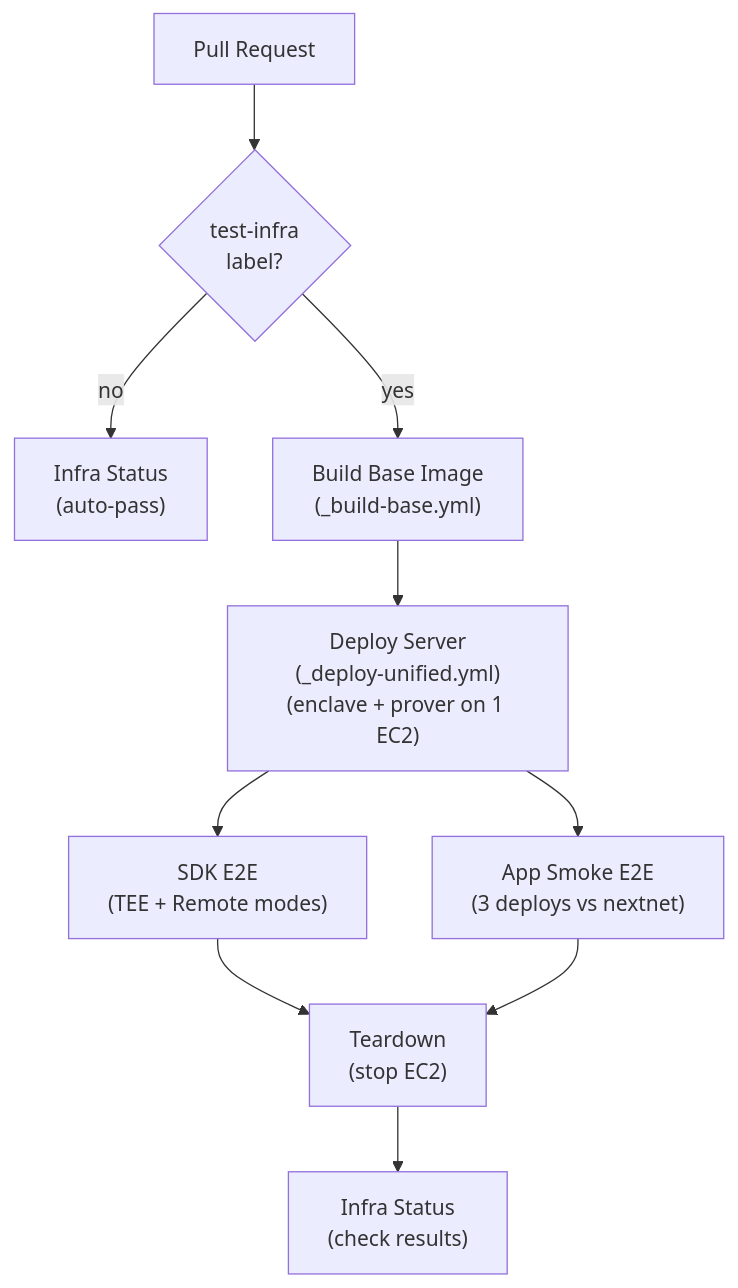
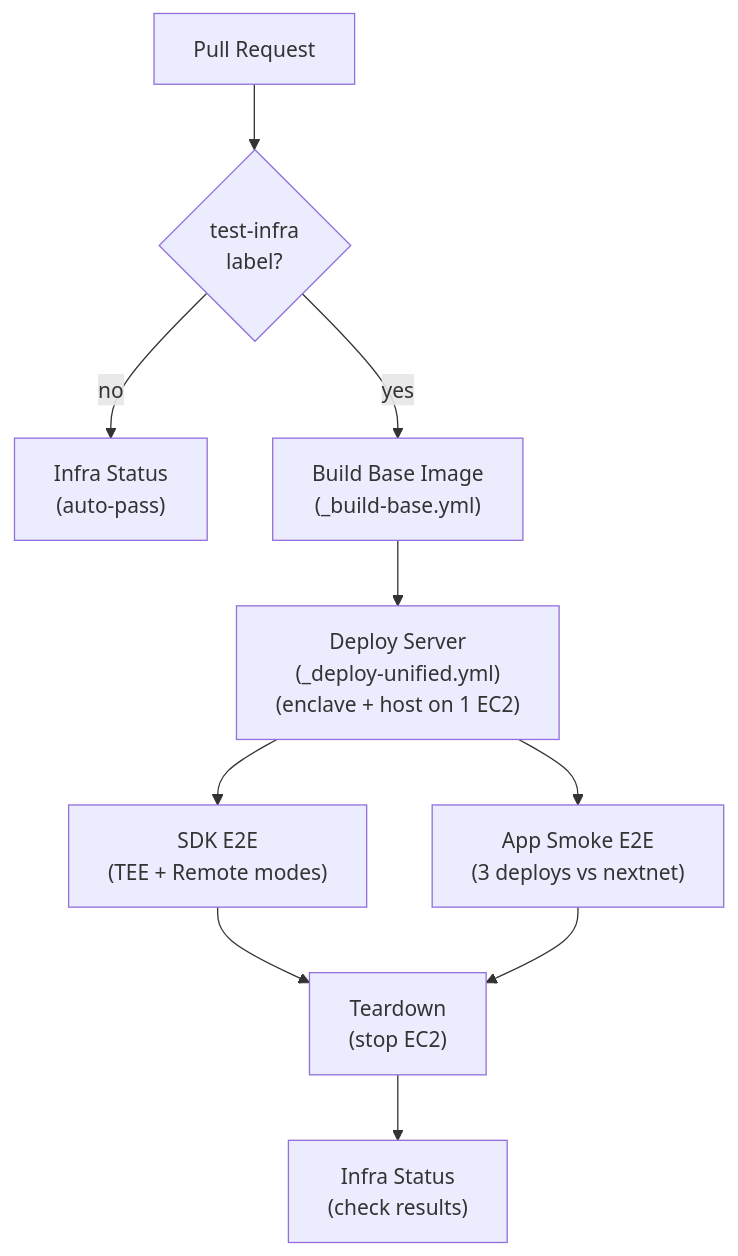
Before and after one commit to alejoamiras/tee-rex: the second of 6 diagrams in docs/ci-pipeline.md, drawn with Mermaid. The commit also changed other lines of this file and 40 other files, not shown here.

First line of the commit message:
feat: thin enclave architecture — host-managed bb versions (#193)

````diff
--- a/docs/ci-pipeline.md
+++ b/docs/ci-pipeline.md
@@ -88,11 +88,11 @@
 ```mermaid
 graph TD
     PR["Pull Request"] --> check{"test-infra\nlabel?"}
     check -->|no| gate_pass["Infra Status\n(auto-pass)"]
     check -->|yes| base["Build Base Image\n(_build-base.yml)"]
-    base --> server["Deploy Server\n(_deploy-unified.yml)\n(enclave + prover on 1 EC2)"]
+    base --> server["Deploy Server\n(_deploy-unified.yml)\n(enclave + host on 1 EC2)"]
     server --> sdk_e2e["SDK E2E\n(TEE + Remote modes)"]
     server --> app_e2e["App Smoke E2E\n(3 deploys vs nextnet)"]
     sdk_e2e & app_e2e --> teardown["Teardown\n(stop EC2)"]
     teardown --> gate_check["Infra Status\n(check results)"]
 ```
````
